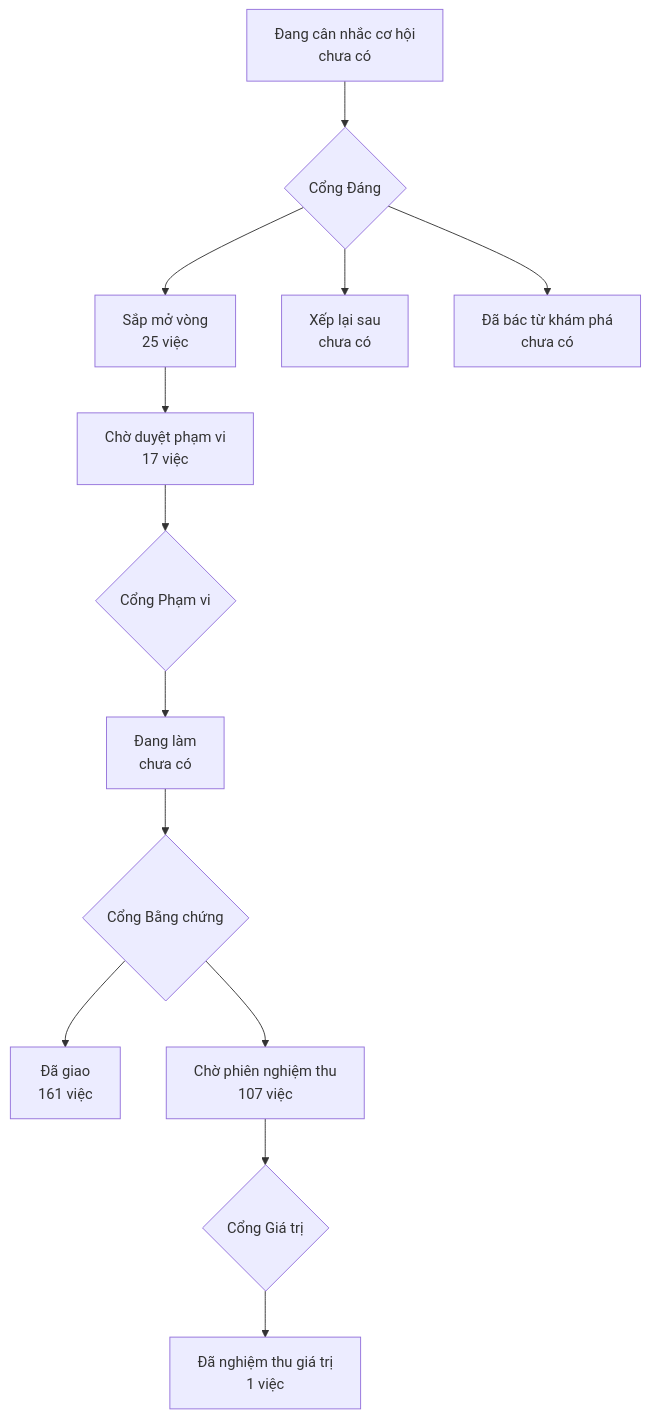
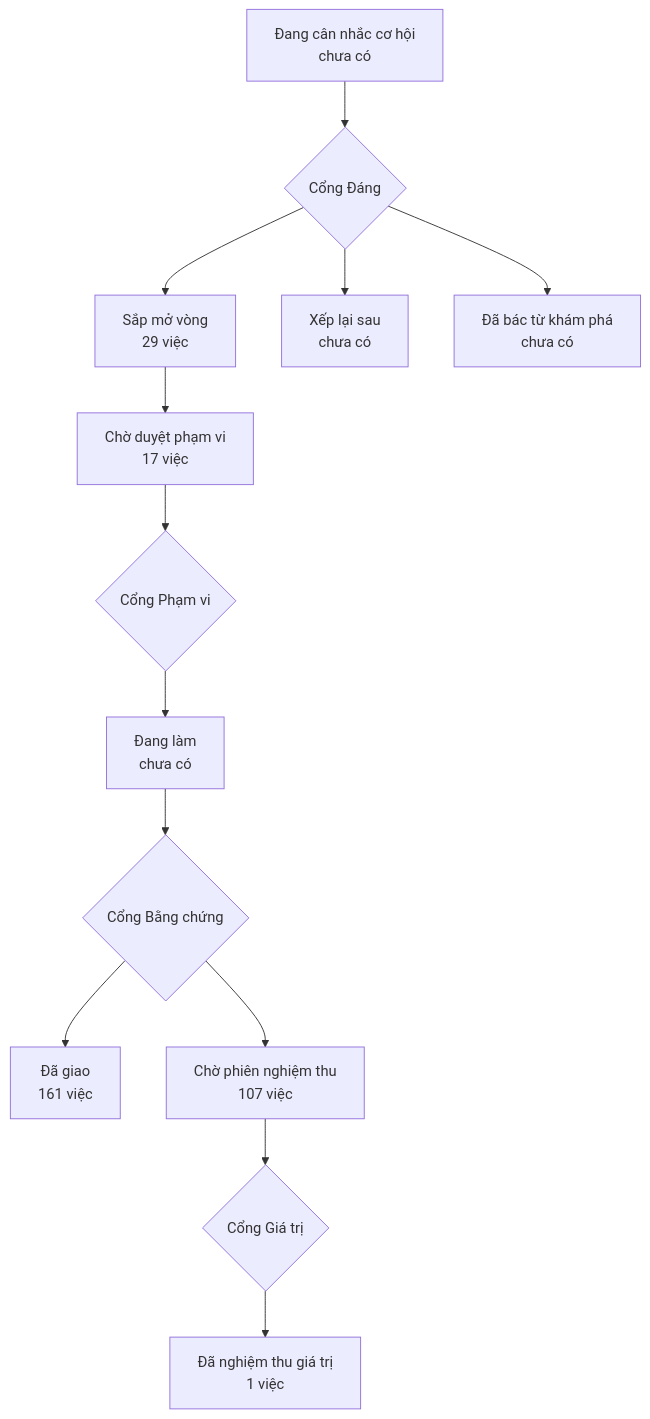
The diagram in PRODUCT-MAP.md (phanlemanh/onehub-invest), drawn with Mermaid before and after one commit. The commit also changed other lines of this file and 1 other file, not shown here.

````diff
--- a/PRODUCT-MAP.md
+++ b/PRODUCT-MAP.md
@@ -7,12 +7,12 @@
 ```mermaid
 flowchart TD
   A["Đang cân nhắc cơ hội<br/>chưa có"] --> GD{"Cổng Đáng"}
-  GD --> B["Sắp mở vòng<br/>25 việc"]
+  GD --> B["Sắp mở vòng<br/>29 việc"]
   GD --> XL["Xếp lại sau<br/>chưa có"]
   GD --> DB["Đã bác từ khám phá<br/>chưa có"]
   B --> CD["Chờ duyệt phạm vi<br/>17 việc"] --> GP{"Cổng Phạm vi"}
   GP --> DL["Đang làm<br/>chưa có"] --> GB{"Cổng Bằng chứng"}
   GB --> DG["Đã giao<br/>161 việc"]
   GB --> CN["Chờ phiên nghiệm thu<br/>107 việc"] --> GG{"Cổng Giá trị"}
   GG --> NT["Đã nghiệm thu giá trị<br/>1 việc"]
 ```
````
